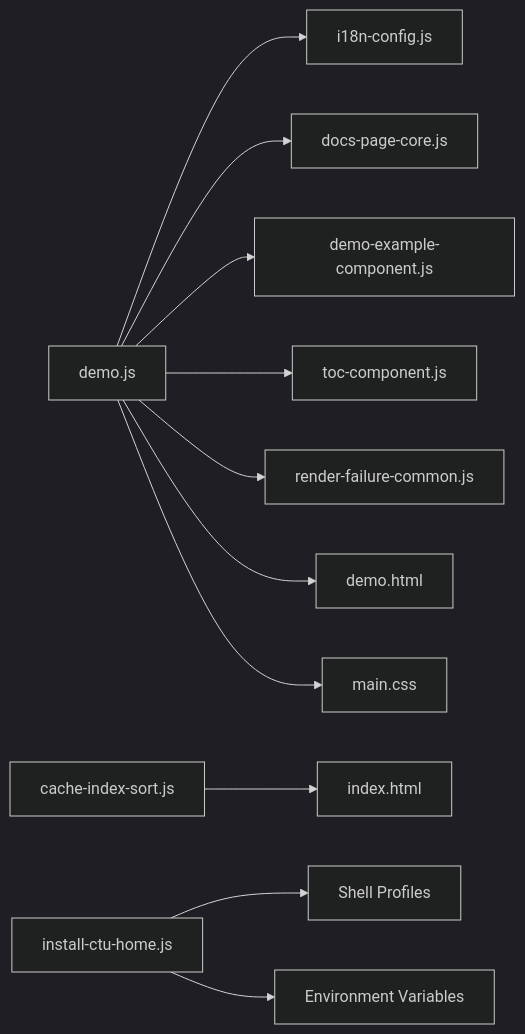
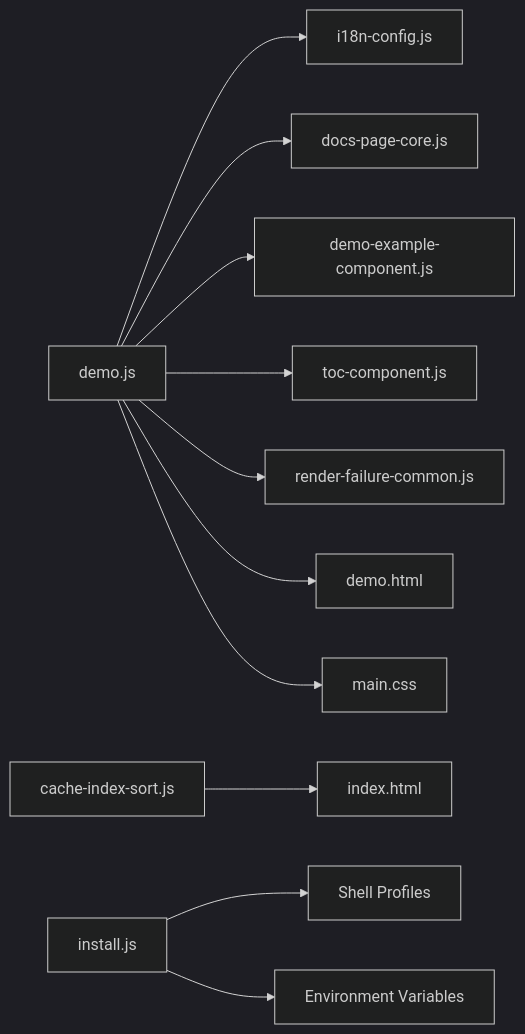
Before and after one commit to pingwurth/code-to-uml: the fourth of 4 diagrams in .qoder/repowiki/en/content/Core Components/Core Components.md, drawn with Mermaid (dark theme). The commit also changed other lines of this file and 26 other files, not shown here.

Commit message:
rename install-ctu-home.js install.js

````diff
--- a/.qoder/repowiki/en/content/Core Components/Core Components.md
+++ b/.qoder/repowiki/en/content/Core Components/Core Components.md
@@ -418,13 +418,13 @@
 ```mermaid
 graph LR
 Demo["demo.js"] --> I18n["i18n-config.js"]
 Demo --> Core["docs-page-core.js"]
 Demo --> Example["demo-example-component.js"]
 Demo --> Toc["toc-component.js"]
 Demo --> Failure["render-failure-common.js"]
 Demo --> HTML["demo.html"]
 Demo --> CSS["main.css"]
 CacheSort["cache-index-sort.js"] --> IndexHTML["index.html"]
-Install["install-ctu-home.js"] --> ShellProfiles["Shell Profiles"]
+Install["install.js"] --> ShellProfiles["Shell Profiles"]
 Install --> EnvVars["Environment Variables"]
 ```
````
